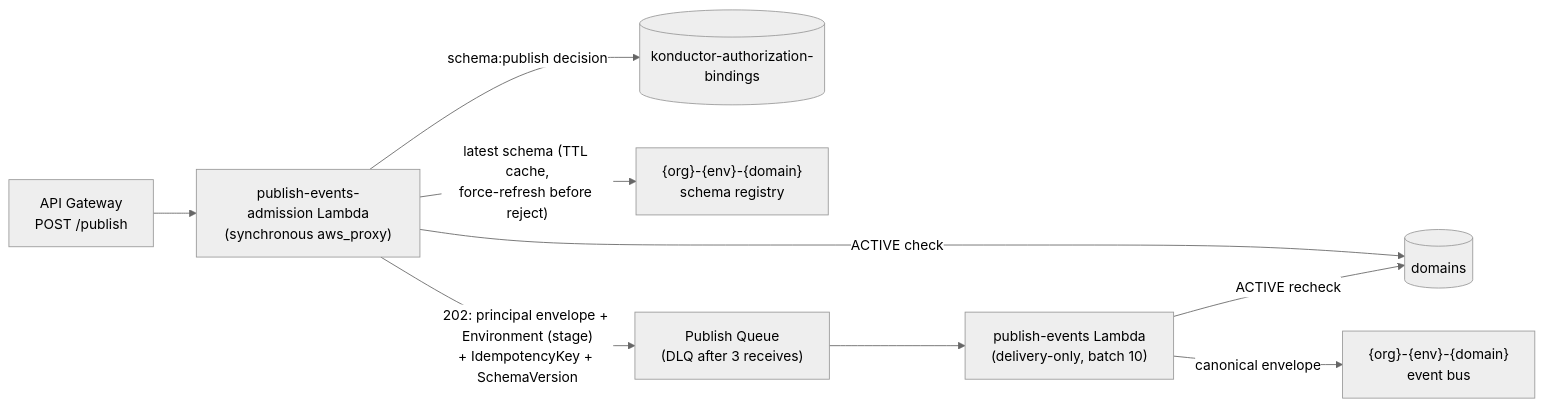
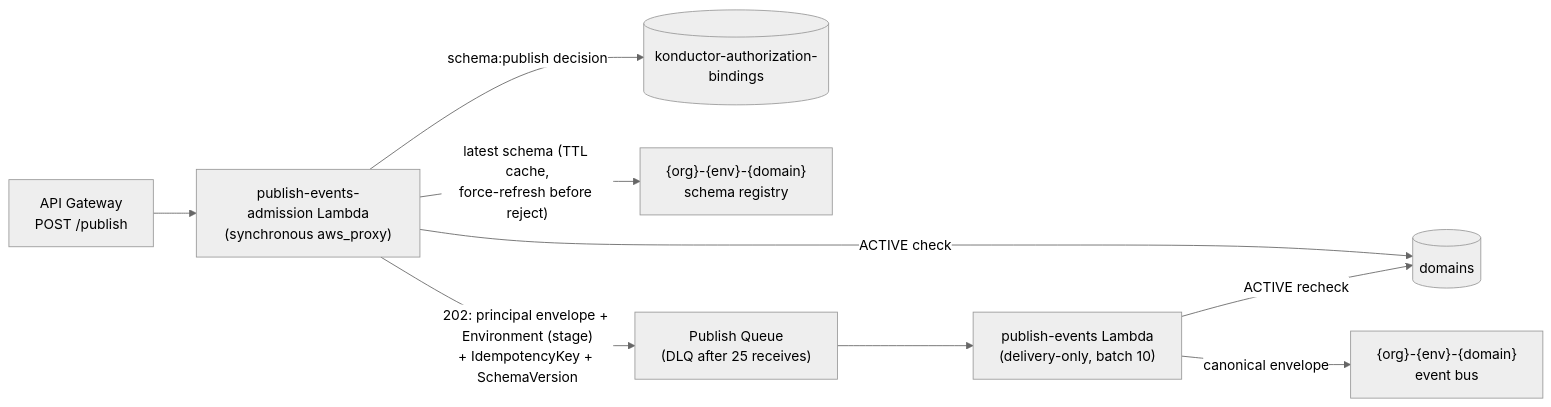
The second of 2 diagrams in docs/architecture/publish-validation.md (liedig/konductor4evb), drawn with Mermaid (neutral theme) before and after one commit. The commit also changed other lines of this file and 36 other files, not shown here.

````diff
--- a/docs/architecture/publish-validation.md
+++ b/docs/architecture/publish-validation.md
@@ -369,11 +406,11 @@
 ```mermaid
 graph LR
     api["API Gateway<br/>POST /publish"] --> admission["publish-events-admission Lambda<br/>(synchronous aws_proxy)"]
     admission -->|"schema:publish decision"| bindings[("konductor-authorization-bindings")]
     admission -->|"ACTIVE check"| domains[("domains")]
     admission -->|"latest schema (TTL cache,<br/>force-refresh before reject)"| registry["{org}-{env}-{domain}<br/>schema registry"]
-    admission -->|"202: principal envelope + Environment (stage)<br/>+ IdempotencyKey + SchemaVersion"| q["Publish Queue<br/>(DLQ after 3 receives)"]
+    admission -->|"202: principal envelope + Environment (stage)<br/>+ IdempotencyKey + SchemaVersion"| q["Publish Queue<br/>(DLQ after 25 receives)"]
     q --> consumer["publish-events Lambda<br/>(delivery-only, batch 10)"]
     consumer -->|"ACTIVE recheck"| domains
     consumer -->|"canonical envelope"| bus["{org}-{env}-{domain}<br/>event bus"]
 ```
````
